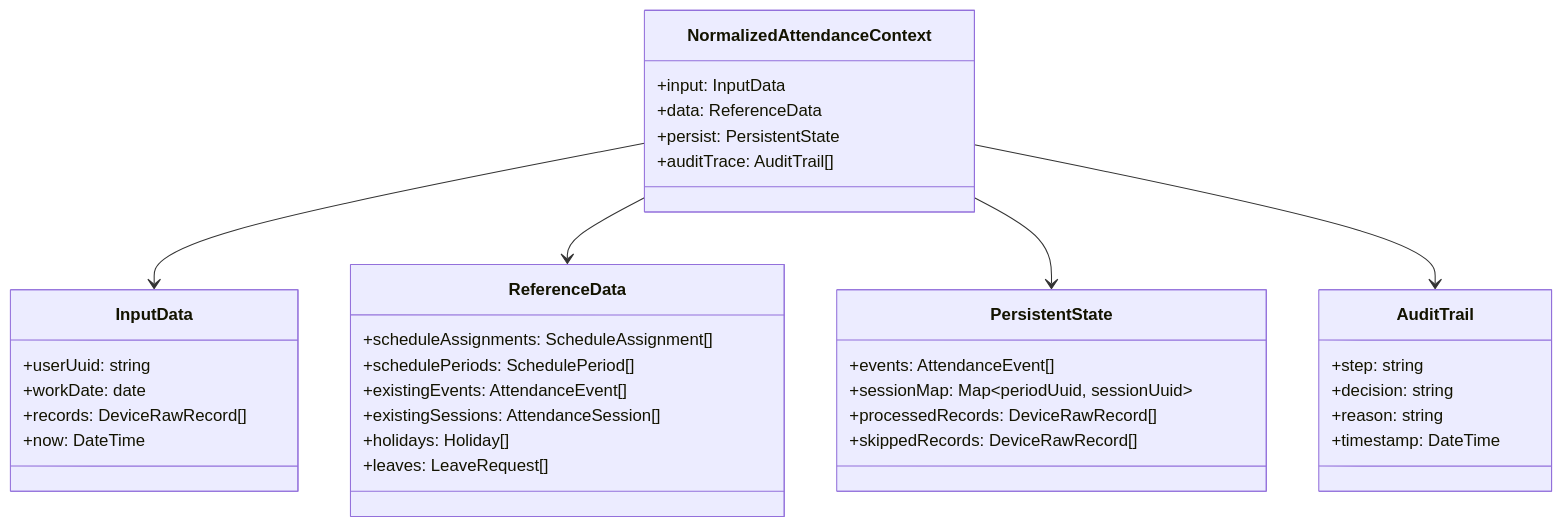
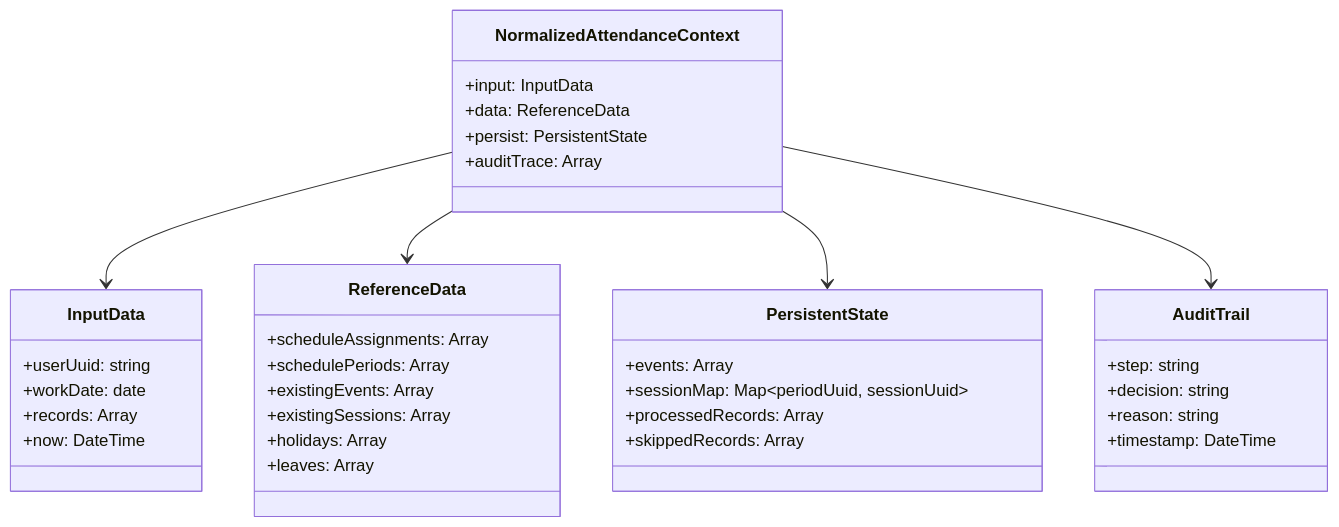
The second of 4 diagrams in 04-modulo-procesamiento-biometrico/01-descripcion-general.md (MAAC77/docs-hr), drawn with Mermaid before and after one commit. The commit also changed other lines of this file and 12 other files, not shown here.

````diff
--- a/04-modulo-procesamiento-biometrico/01-descripcion-general.md
+++ b/04-modulo-procesamiento-biometrico/01-descripcion-general.md
@@ -69,44 +69,44 @@
 ```mermaid
 classDiagram
     class NormalizedAttendanceContext {
         +input: InputData
         +data: ReferenceData
         +persist: PersistentState
-        +auditTrace: AuditTrail[]
+        +auditTrace: Array
     }
 
     class InputData {
         +userUuid: string
         +workDate: date
-        +records: DeviceRawRecord[]
+        +records: Array
         +now: DateTime
     }
 
     class ReferenceData {
-        +scheduleAssignments: ScheduleAssignment[]
-        +schedulePeriods: SchedulePeriod[]
-        +existingEvents: AttendanceEvent[]
-        +existingSessions: AttendanceSession[]
-        +holidays: Holiday[]
-        +leaves: LeaveRequest[]
+        +scheduleAssignments: Array
+        +schedulePeriods: Array
+        +existingEvents: Array
+        +existingSessions: Array
+        +holidays: Array
+        +leaves: Array
     }
 
     class PersistentState {
-        +events: AttendanceEvent[]
+        +events: Array
         +sessionMap: Map~periodUuid, sessionUuid~
-        +processedRecords: DeviceRawRecord[]
-        +skippedRecords: DeviceRawRecord[]
+        +processedRecords: Array
+        +skippedRecords: Array
     }
 
     class AuditTrail {
         +step: string
         +decision: string
         +reason: string
         +timestamp: DateTime
     }
 
     NormalizedAttendanceContext --> InputData
     NormalizedAttendanceContext --> ReferenceData
     NormalizedAttendanceContext --> PersistentState
     NormalizedAttendanceContext --> AuditTrail
 ```
````
